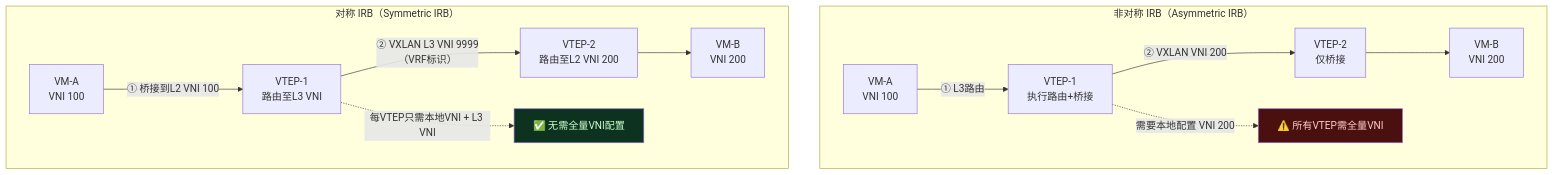
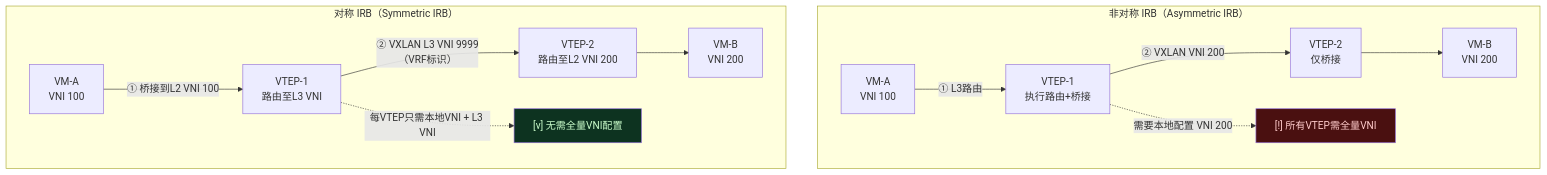
The fourth of 6 diagrams in docs/guide/routing/evpn.md (SKT-Shurima/NetworkMastery), drawn with Mermaid before and after one commit. The commit also changed other lines of this file and 54 other files, not shown here.

````diff
--- a/docs/guide/routing/evpn.md
+++ b/docs/guide/routing/evpn.md
@@ -260,21 +260,21 @@
 ```mermaid
 graph TB
     subgraph "非对称 IRB（Asymmetric IRB）"
         direction LR
         VM_A1["VM-A<br/>VNI 100"] -->|"① L3路由"| VTEP1_A["VTEP-1<br/>执行路由+桥接"]
         VTEP1_A -->|"② VXLAN VNI 200"| VTEP2_A["VTEP-2<br/>仅桥接"]
         VTEP2_A --> VM_B1["VM-B<br/>VNI 200"]
-        VTEP1_A -.->|"需要本地配置 VNI 200"| VNI200_note["⚠️ 所有VTEP需全量VNI"]
+        VTEP1_A -.->|"需要本地配置 VNI 200"| VNI200_note["[!] 所有VTEP需全量VNI"]
     end
 
     subgraph "对称 IRB（Symmetric IRB）"
         direction LR
         VM_A2["VM-A<br/>VNI 100"] -->|"① 桥接到L2 VNI 100"| VTEP1_B["VTEP-1<br/>路由至L3 VNI"]
         VTEP1_B -->|"② VXLAN L3 VNI 9999<br/>（VRF标识）"| VTEP2_B["VTEP-2<br/>路由至L2 VNI 200"]
         VTEP2_B --> VM_B2["VM-B<br/>VNI 200"]
-        VTEP1_B -.->|"每VTEP只需本地VNI + L3 VNI"| L3VNI_note["✅ 无需全量VNI配置"]
+        VTEP1_B -.->|"每VTEP只需本地VNI + L3 VNI"| L3VNI_note["[v] 无需全量VNI配置"]
     end
 
     style VNI200_note fill:#4a1010,color:#ffcccc
     style L3VNI_note fill:#0d3320,color:#ccffcc
 ```
````
